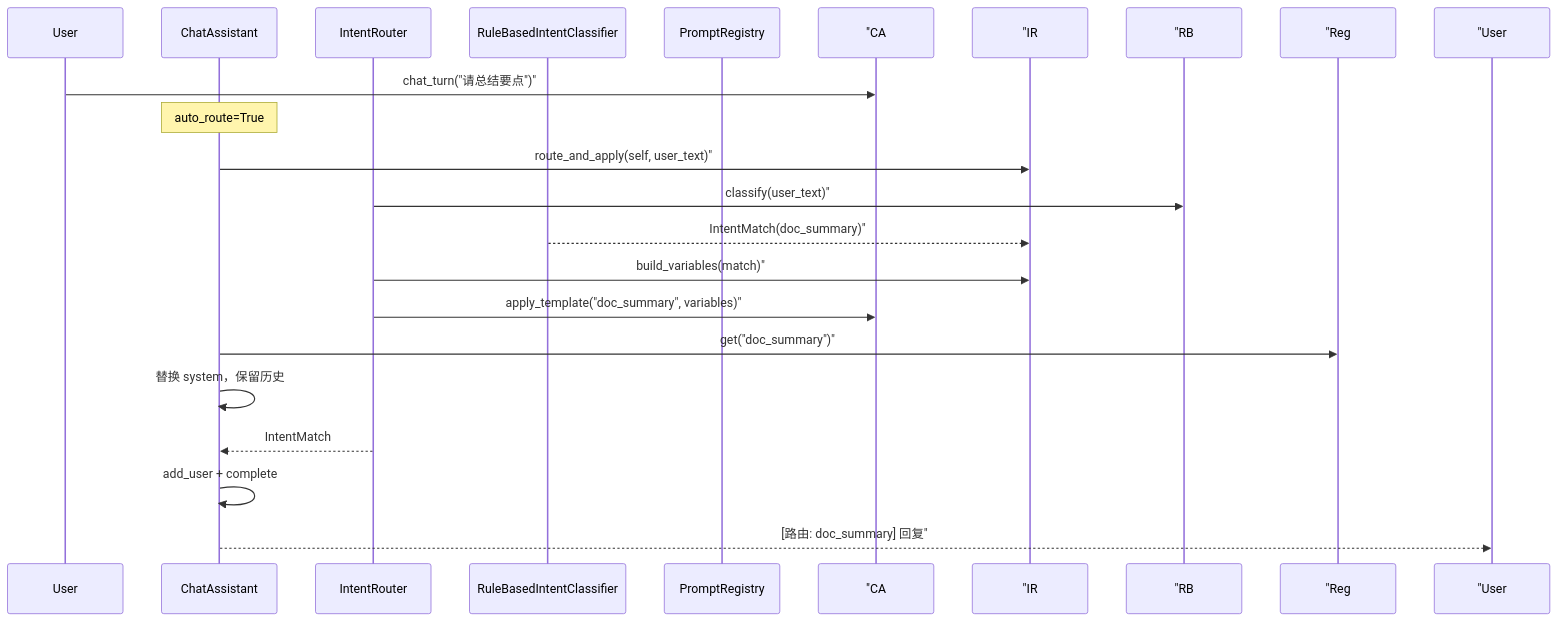
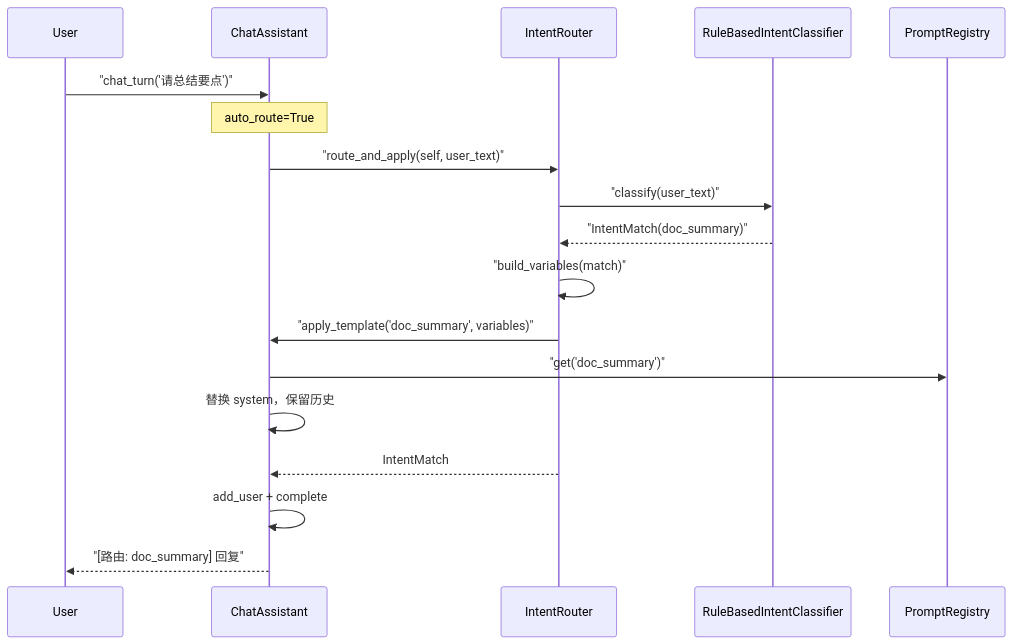
Before and after one commit to ab6539763/70_days_course_plus: the third of 3 diagrams in course/day18/03_架构设计.md, drawn with Mermaid. The commit also changed 80 other files, not shown here.

First line of the commit message:
fix(course): 修复 Mermaid 图表渲染报错 + 同步嵌入代码快照

````diff
--- a/course/day18/03_架构设计.md
+++ b/course/day18/03_架构设计.md
@@ -72,21 +72,21 @@
 ```mermaid
 sequenceDiagram
     participant User
     participant CA as ChatAssistant
     participant IR as IntentRouter
     participant RB as RuleBasedIntentClassifier
     participant Reg as PromptRegistry
 
-    User->> "CA: chat_turn("请总结要点")"
+    User->>CA: "chat_turn('请总结要点')"
     Note over CA: auto_route=True
-    CA->> "IR: route_and_apply(self, user_text)"
-    IR->> "RB: classify(user_text)"
-    RB-->> "IR: IntentMatch(doc_summary)"
-    IR->> "IR: build_variables(match)"
-    IR->> "CA: apply_template("doc_summary", variables)"
-    CA->> "Reg: get("doc_summary")"
+    CA->>IR: "route_and_apply(self, user_text)"
+    IR->>RB: "classify(user_text)"
+    RB-->>IR: "IntentMatch(doc_summary)"
+    IR->>IR: "build_variables(match)"
+    IR->>CA: "apply_template('doc_summary', variables)"
+    CA->>Reg: "get('doc_summary')"
     CA->>CA: 替换 system，保留历史
     IR-->>CA: IntentMatch
     CA->>CA: add_user + complete
-    CA-->> "User: [路由: doc_summary] 回复"
+    CA-->>User: "[路由: doc_summary] 回复"
 ```
````
